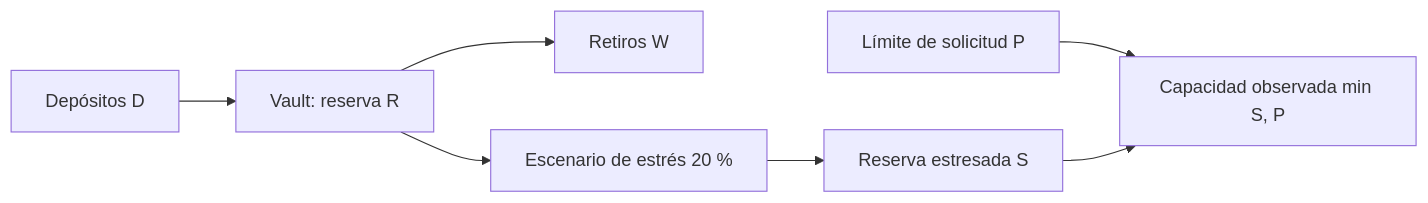
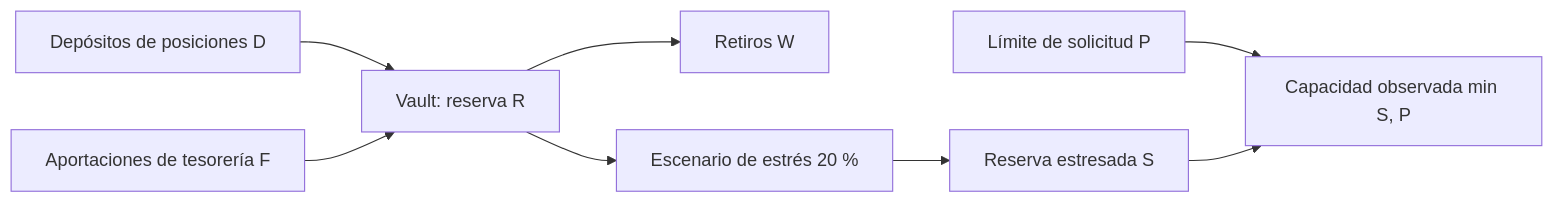
One commit to SolguardLabs/NocturneDTL changed the diagram in docs/modelo-economico.md. Above: the diagram before and after it, drawn with Mermaid. The commit also changed other lines of this file and 25 other files, not shown here.

````diff
--- a/docs/modelo-economico.md
+++ b/docs/modelo-economico.md
@@ -5,9 +5,10 @@
 ```mermaid
 flowchart LR
-    D[Depósitos D] --> V[Vault: reserva R]
+    D[Depósitos de posiciones D] --> V[Vault: reserva R]
+    F[Aportaciones de tesorería F] --> V
     V --> W[Retiros W]
     V --> H[Escenario de estrés 20 %]
     H --> S[Reserva estresada S]
     P[Límite de solicitud P] --> C[Capacidad observada min S, P]
     S --> C
 ```
````
